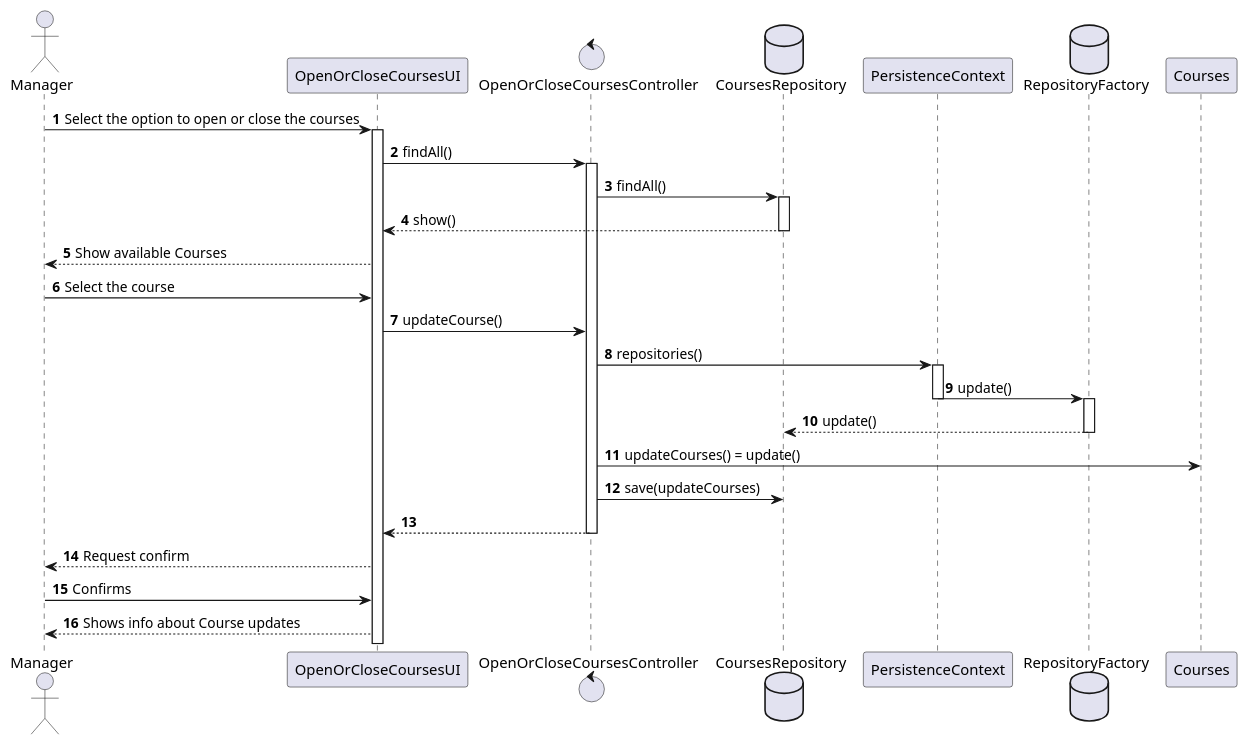
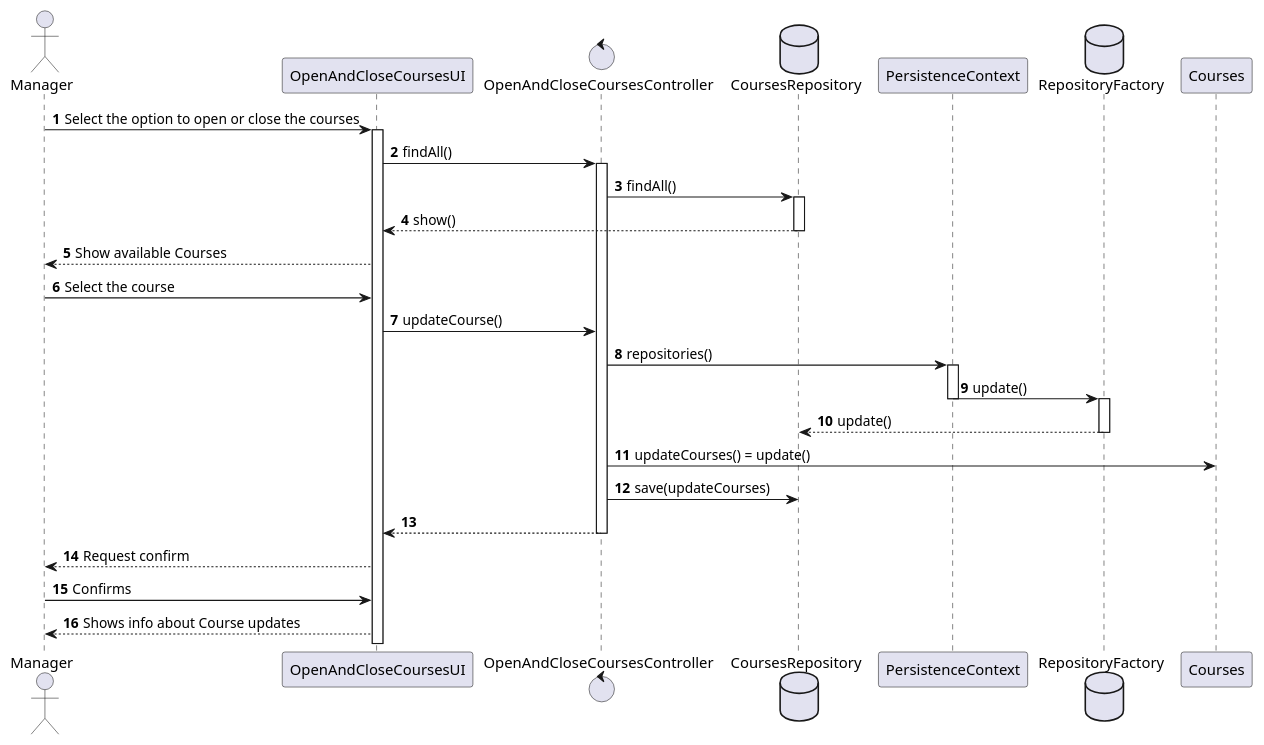
Before and after one commit to mascenso/isep-sem4-lapr4: the diagram in docs/SPRINT B/US1004/Sequence_Diagram.puml, drawn with PlantUML. The commit also changed 11 other files, not shown here.

Commit message:
[SPRINT B][US1004] - Class Diagram creation

```diff
--- a/docs/SPRINT B/US1004/Sequence_Diagram.puml
+++ b/docs/SPRINT B/US1004/Sequence_Diagram.puml
@@ -1,41 +1,41 @@
 @startuml
 'https://plantuml.com/sequence-diagram
 
 autonumber
 
 actor Manager
 
-Manager -> OpenOrCloseCoursesUI: Select the option to open or close the courses
+Manager -> OpenAndCloseCoursesUI: Select the option to open or close the courses
 
-activate OpenOrCloseCoursesUI
-control OpenOrCloseCoursesController
-OpenOrCloseCoursesUI -> OpenOrCloseCoursesController: findAll()
-activate OpenOrCloseCoursesController
+activate OpenAndCloseCoursesUI
+control OpenAndCloseCoursesController
+OpenAndCloseCoursesUI -> OpenAndCloseCoursesController: findAll()
+activate OpenAndCloseCoursesController
 
 database CoursesRepository
-OpenOrCloseCoursesController -> CoursesRepository: findAll()
+OpenAndCloseCoursesController -> CoursesRepository: findAll()
 activate CoursesRepository
-CoursesRepository --> OpenOrCloseCoursesUI: show()
+CoursesRepository --> OpenAndCloseCoursesUI: show()
 deactivate CoursesRepository
-OpenOrCloseCoursesUI --> Manager: Show available Courses
-Manager -> OpenOrCloseCoursesUI: Select the course
+OpenAndCloseCoursesUI --> Manager: Show available Courses
+Manager -> OpenAndCloseCoursesUI: Select the course
 
 
-OpenOrCloseCoursesUI -> OpenOrCloseCoursesController: updateCourse()
-OpenOrCloseCoursesController -> PersistenceContext: repositories()
+OpenAndCloseCoursesUI -> OpenAndCloseCoursesController: updateCourse()
+OpenAndCloseCoursesController -> PersistenceContext: repositories()
 activate PersistenceContext
 database RepositoryFactory
 PersistenceContext -> RepositoryFactory: update()
 deactivate PersistenceContext
 activate RepositoryFactory
 RepositoryFactory --> CoursesRepository: update()
 deactivate RepositoryFactory
-OpenOrCloseCoursesController -> Courses: updateCourses() = update()
-OpenOrCloseCoursesController -> CoursesRepository: save(updateCourses)
-OpenOrCloseCoursesController --> OpenOrCloseCoursesUI
-deactivate OpenOrCloseCoursesController
-OpenOrCloseCoursesUI --> Manager: Request confirm
-Manager -> OpenOrCloseCoursesUI: Confirms
-OpenOrCloseCoursesUI --> Manager: Shows info about Course updates
+OpenAndCloseCoursesController -> Courses: updateCourses() = update()
+OpenAndCloseCoursesController -> CoursesRepository: save(updateCourses)
+OpenAndCloseCoursesController --> OpenAndCloseCoursesUI
+deactivate OpenAndCloseCoursesController
+OpenAndCloseCoursesUI --> Manager: Request confirm
+Manager -> OpenAndCloseCoursesUI: Confirms
+OpenAndCloseCoursesUI --> Manager: Shows info about Course updates
 
 @enduml
```
